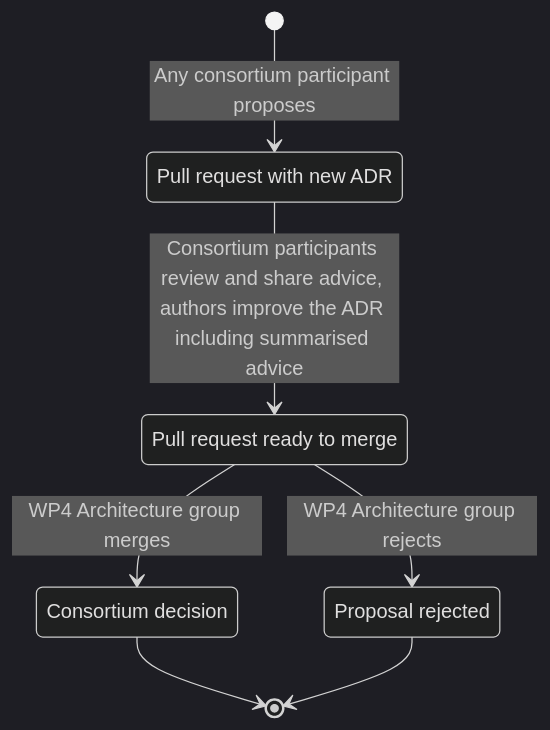
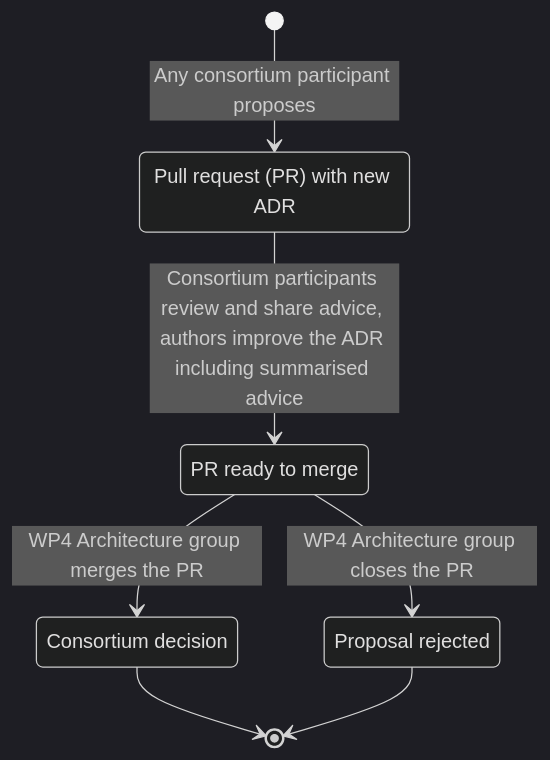
The diagram in adr/README.md (webuild-consortium/architecture), drawn with Mermaid (dark theme) before and after one commit.

Commit message:
docs(adr): clarify PR workflow in intro

````diff
--- a/adr/README.md
+++ b/adr/README.md
@@ -13,16 +13,16 @@
 ```mermaid
 stateDiagram-v2
-    state "Pull request with new ADR" as pr
-    state "Pull request ready to merge" as ready
+    state "Pull request (PR) with new ADR" as pr
+    state "PR ready to merge" as ready
     state "Consortium decision" as merged
     state "Proposal rejected" as rejected
 
     [*] --> pr: Any consortium participant proposes
     pr --> ready: Consortium participants review and share advice, authors improve the ADR including summarised advice
 
-    ready --> merged: WP4 Architecture group merges
+    ready --> merged: WP4 Architecture group merges the PR
     merged --> [*]
 
-    ready --> rejected: WP4 Architecture group rejects
+    ready --> rejected: WP4 Architecture group closes the PR
     rejected --> [*]
 ```
````
